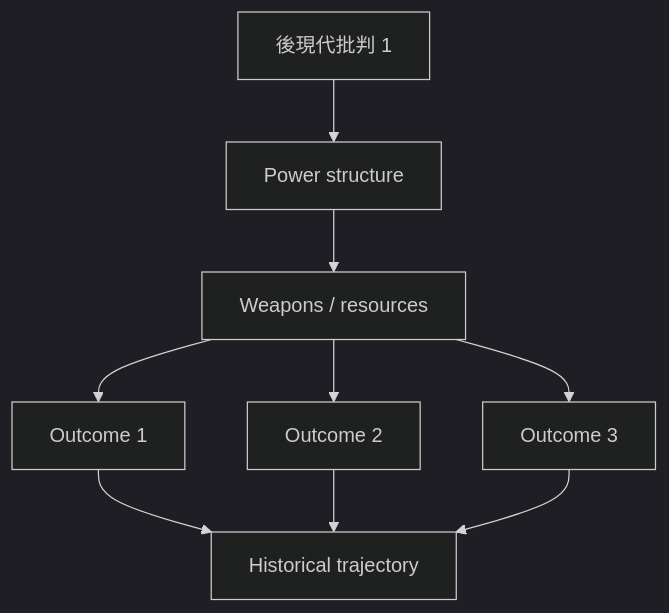
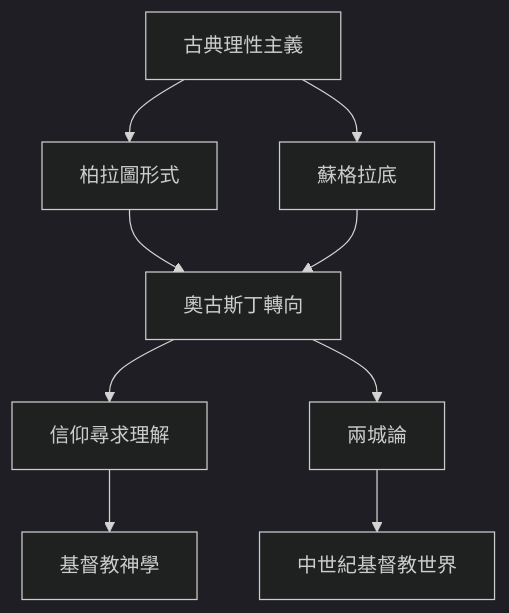
The fifth of 10 diagrams in 02_Harvard_Courses/Fall_Courses/Hist20A_Western_Intellectual_History.md (yip-lgtm/HKU-Harvard-History-Self-Study), drawn with Mermaid (dark theme) before and after one commit. The commit also changed other lines of this file and 65 other files, not shown here.

````diff
--- a/02_Harvard_Courses/Fall_Courses/Hist20A_Western_Intellectual_History.md
+++ b/02_Harvard_Courses/Fall_Courses/Hist20A_Western_Intellectual_History.md
@@ -263,11 +251,11 @@
 ```mermaid
 graph TD
-    A[後現代批判 1] --> B[Power structure]
-    B --> C[Weapons / resources]
-    C --> D[Outcome 1]
-    C --> E[Outcome 2]
-    C --> F[Outcome 3]
-    D --> G[Historical trajectory]
-    E --> G
-    F --> G
+    A[古典理性主義] --> B[蘇格拉底]
+    A --> C[柏拉圖形式]
+    C --> D[奧古斯丁轉向]
+    B --> D
+    D --> E[信仰尋求理解]
+    E --> F[基督教神學]
+    D --> G[兩城論]
+    G --> H[中世紀基督教世界]
 ```
````
